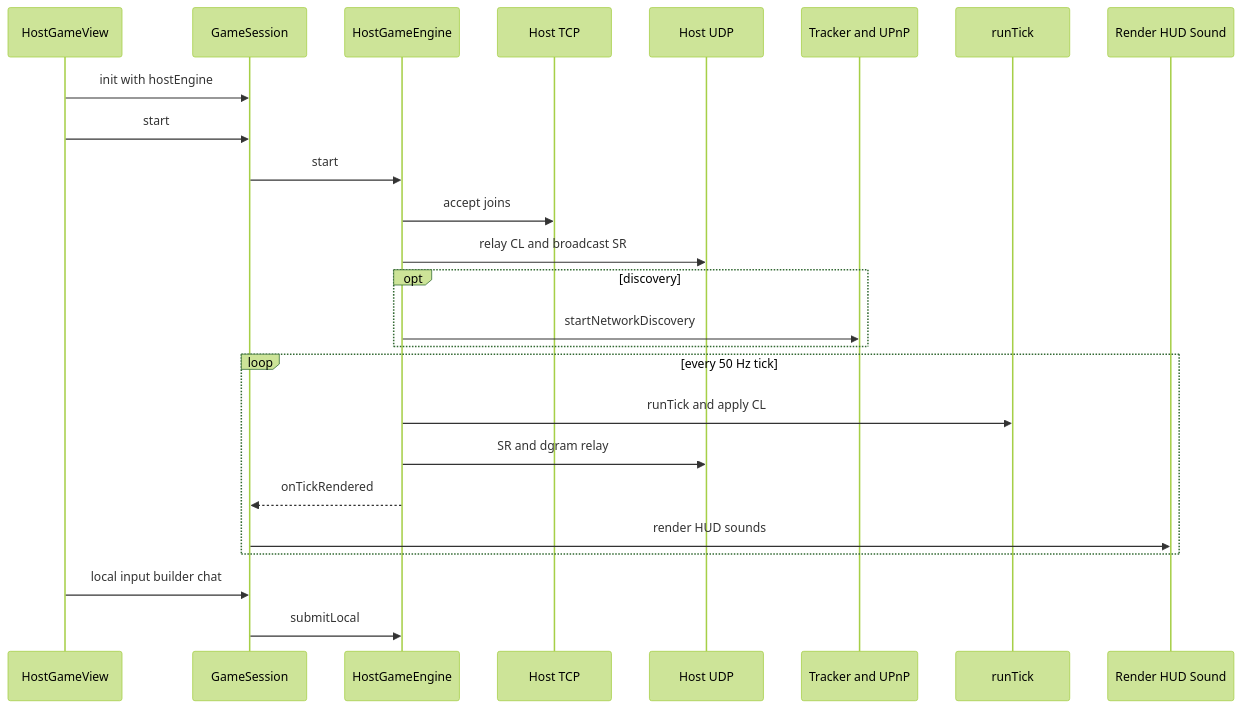
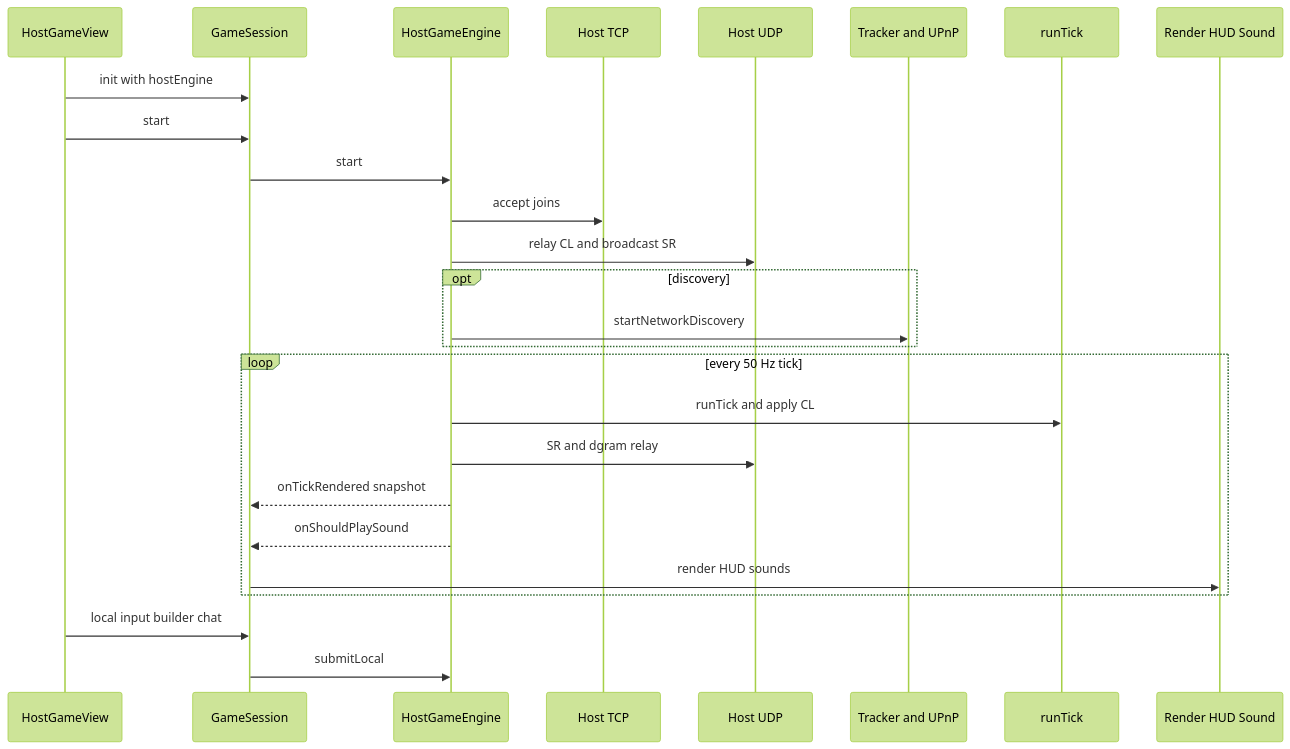
The third of 8 diagrams in docs/WIRING.md (CosmicCEO/BoloKit), drawn with Mermaid (forest theme) before and after one commit. The commit also changed other lines of this file, not shown here.

First line of the commit message:
docs: refresh WIRING.md for Metal, host simulation, and sound

````diff
--- a/docs/WIRING.md
+++ b/docs/WIRING.md
@@ -89,28 +99,29 @@
 ```mermaid
 sequenceDiagram
   participant UI as HostGameView
   participant GS as GameSession
   participant HGE as HostGameEngine
   participant TCP as Host TCP
   participant UDP as Host UDP
   participant TK as Tracker and UPnP
   participant Sim as runTick
   participant Out as Render HUD Sound
 
   UI->>GS: init with hostEngine
   UI->>GS: start
   GS->>HGE: start
   HGE->>TCP: accept joins
   HGE->>UDP: relay CL and broadcast SR
   opt discovery
     HGE->>TK: startNetworkDiscovery
   end
   loop every 50 Hz tick
     HGE->>Sim: runTick and apply CL
     HGE->>UDP: SR and dgram relay
-    HGE-->>GS: onTickRendered
+    HGE-->>GS: onTickRendered snapshot
+    HGE-->>GS: onShouldPlaySound
     GS->>Out: render HUD sounds
   end
   UI->>GS: local input builder chat
   GS->>HGE: submitLocal
 ```
````
